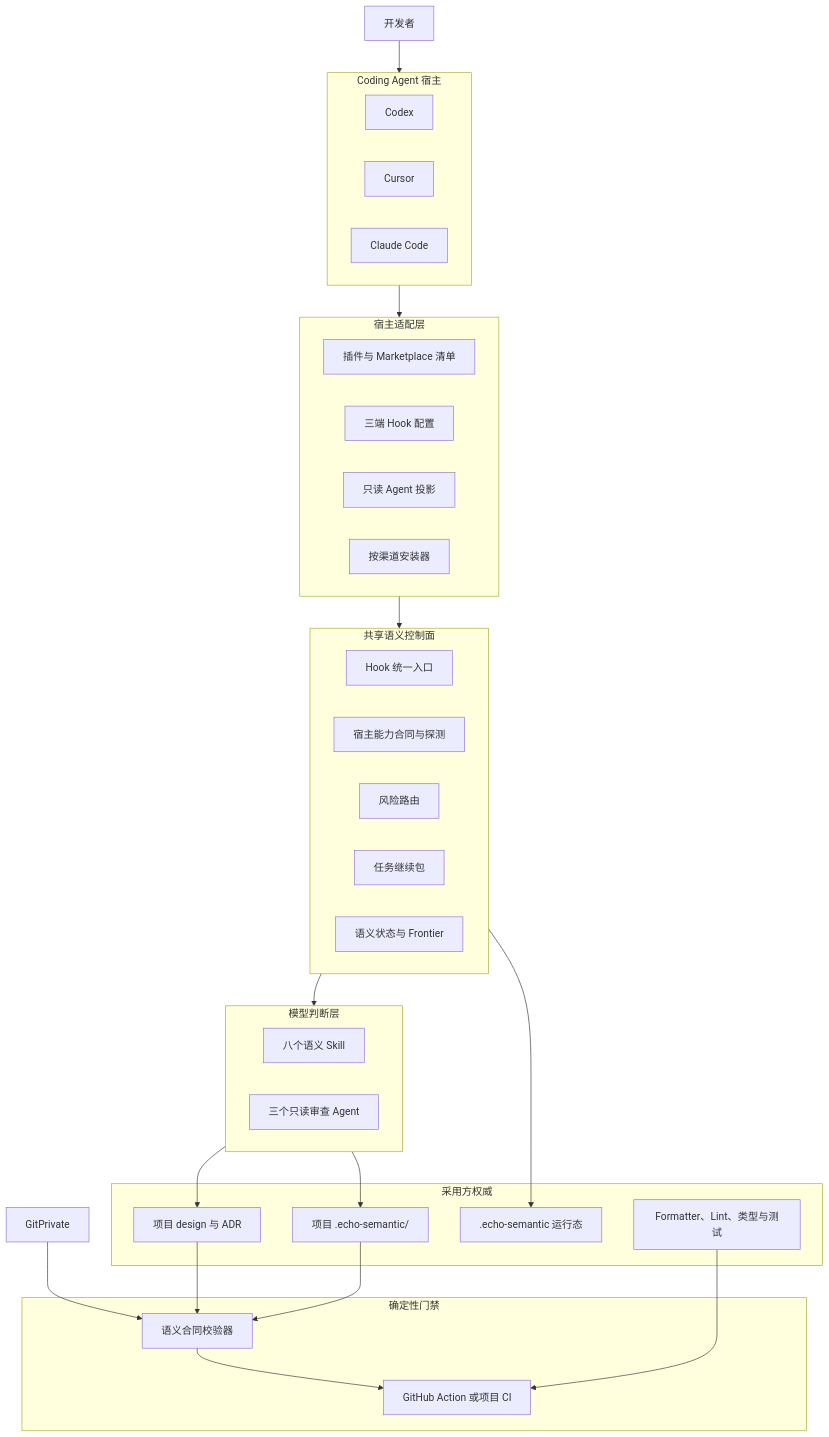
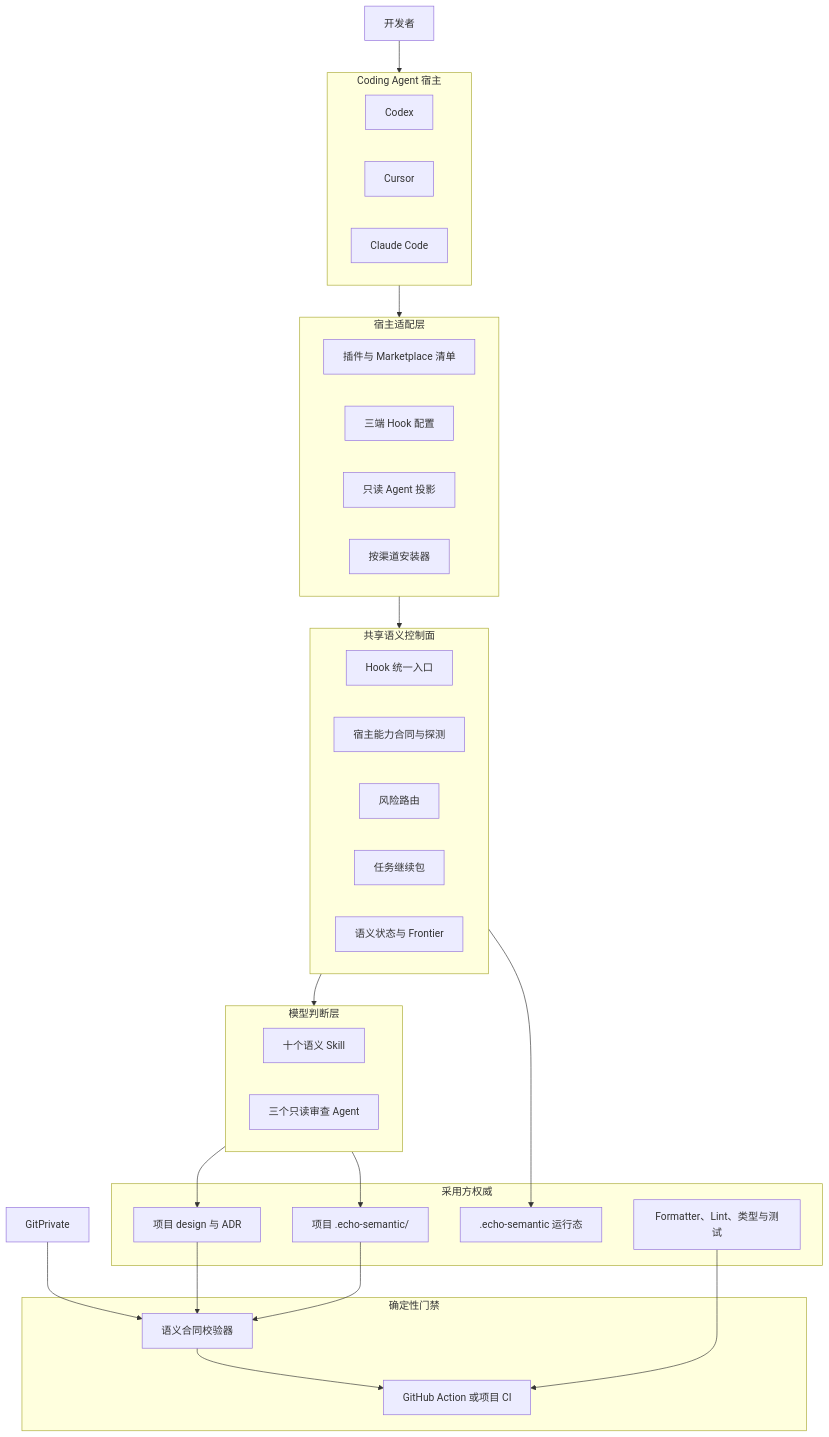
Before and after one commit to EchoYue-lp/echo-semantic: the first of 9 diagrams in docs/supreme/specs/plugin-architecture/design.md, drawn with Mermaid. The commit also changed other lines of this file and 68 other files, not shown here.

````diff
--- a/docs/supreme/specs/plugin-architecture/design.md
+++ b/docs/supreme/specs/plugin-architecture/design.md
@@ -60,55 +65,55 @@
 ```mermaid
 flowchart TB
   User[开发者]
 
   subgraph Hosts["Coding Agent 宿主"]
     Codex[Codex]
     Cursor[Cursor]
     Claude[Claude Code]
   end
 
   subgraph Adapters["宿主适配层"]
     Manifests[插件与 Marketplace 清单]
     HostHooks[三端 Hook 配置]
     HostAgents[只读 Agent 投影]
     Installer[按渠道安装器]
   end
 
   subgraph Control["共享语义控制面"]
     Entry[Hook 统一入口]
     Capability[宿主能力合同与探测]
     Router[风险路由]
     Continuation[任务继续包]
     Status[语义状态与 Frontier]
   end
 
   subgraph Judgment["模型判断层"]
-    Skills[八个语义 Skill]
+    Skills[十个语义 Skill]
     Reviewers[三个只读审查 Agent]
   end
 
   subgraph Authorities["采用方权威"]
     Semantic[项目 .echo-semantic/]
     Design[项目 design 与 ADR]
     Runtime[.echo-semantic 运行态]
     Engineering[Formatter、Lint、类型与测试]
   end
 
   subgraph Gates["确定性门禁"]
     Verifier[语义合同校验器]
     Action[GitHub Action 或项目 CI]
   end
 
   User --> Hosts
   Hosts --> Adapters
   Adapters --> Control
   Control --> Judgment
   Judgment --> Semantic
   Judgment --> Design
   Control --> Runtime
   Semantic --> Verifier
   Design --> Verifier
   GitPrivate --> Verifier
   Engineering --> Action
   Verifier --> Action
 ```
````
